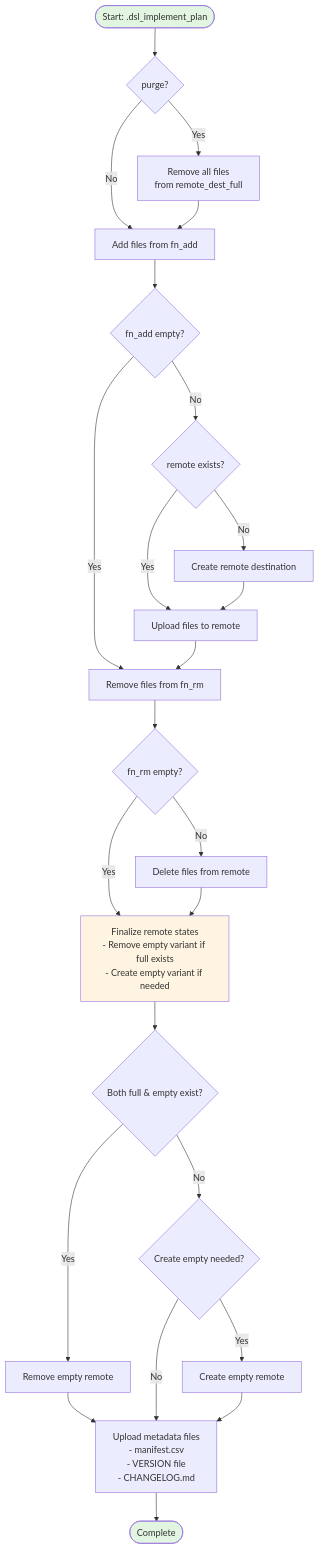
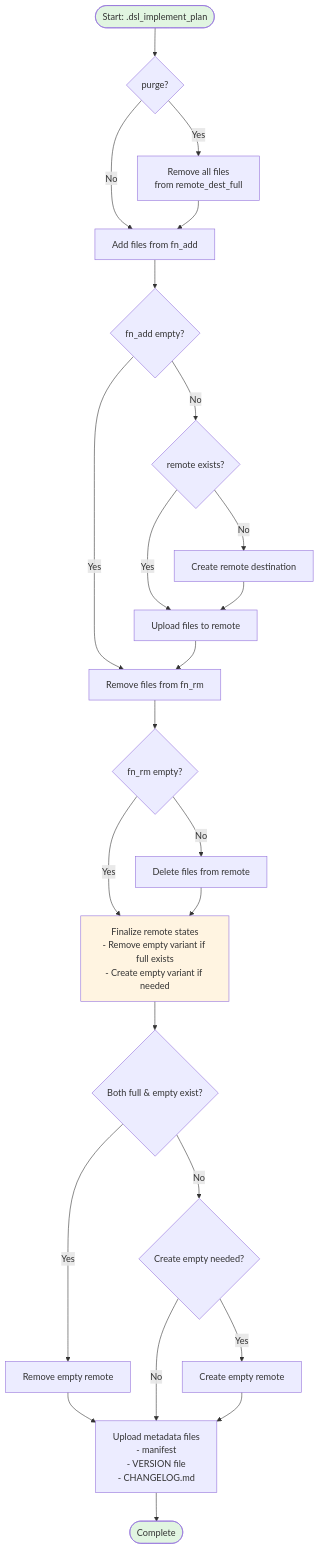
The third of 4 diagrams in vignettes/dest-send-workflow.Rmd (SATVILab/projr), drawn with Mermaid before and after one commit. The commit also changed other lines of this file and 25 other files, not shown here.

````diff
--- a/vignettes/dest-send-workflow.Rmd
+++ b/vignettes/dest-send-workflow.Rmd
@@ -158,41 +158,41 @@
 ```{mermaid}
 flowchart TD
     Start([Start: .dsl_implement_plan]) --> CheckPurge{purge?}
     
     CheckPurge -->|Yes| PurgeRemote[Remove all files<br/>from remote_dest_full]
     CheckPurge -->|No| AddFiles
     
     PurgeRemote --> AddFiles[Add files from fn_add]
     
     AddFiles --> CheckAdd{fn_add empty?}
     CheckAdd -->|No| CreateIfNeeded{remote exists?}
     CheckAdd -->|Yes| RemoveFiles
     
     CreateIfNeeded -->|No| CreateRemote[Create remote destination]
     CreateIfNeeded -->|Yes| UploadFiles[Upload files to remote]
     
     CreateRemote --> UploadFiles
     UploadFiles --> RemoveFiles[Remove files from fn_rm]
     
     RemoveFiles --> CheckRm{fn_rm empty?}
     CheckRm -->|No| DeleteFiles[Delete files from remote]
     CheckRm -->|Yes| FinalizeRemotes
     
     DeleteFiles --> FinalizeRemotes[Finalize remote states<br/>- Remove empty variant if full exists<br/>- Create empty variant if needed]
     
     FinalizeRemotes --> CheckBoth{Both full & empty exist?}
     CheckBoth -->|Yes| RemoveEmpty[Remove empty remote]
     CheckBoth -->|No| CheckCreate{Create empty needed?}
     
     RemoveEmpty --> UpdateMetadata
     CheckCreate -->|Yes| CreateEmpty[Create empty remote]
     CheckCreate -->|No| UpdateMetadata
     
-    CreateEmpty --> UpdateMetadata[Upload metadata files<br/>- manifest.csv<br/>- VERSION file<br/>- CHANGELOG.md]
+    CreateEmpty --> UpdateMetadata[Upload metadata files<br/>- manifest<br/>- VERSION file<br/>- CHANGELOG.md]
     
     UpdateMetadata --> End([Complete])
     
     style Start fill:#e1f5e1
     style End fill:#e1f5e1
     style FinalizeRemotes fill:#fff4e1
 ```
````
